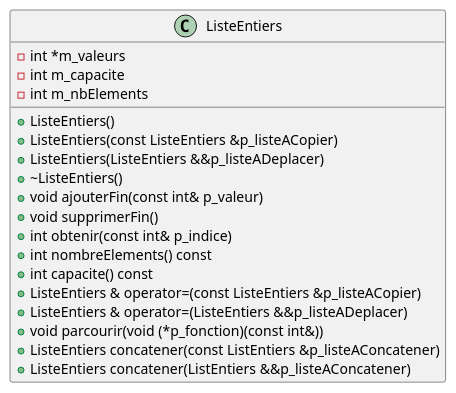
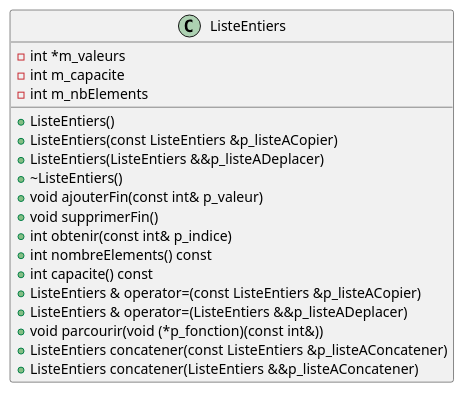
Before and after one commit to PiFou86/420-W31-SF-CPP: the diagram in Module04_GestionMemoire/diag/listeEntiers.wsd, drawn with PlantUML.

```diff
--- a/Module04_GestionMemoire/diag/listeEntiers.wsd
+++ b/Module04_GestionMemoire/diag/listeEntiers.wsd
@@ -1,23 +1,23 @@
 @startuml
 
 class ListeEntiers {
   - int *m_valeurs
   - int m_capacite
   - int m_nbElements
   + ListeEntiers()
   + ListeEntiers(const ListeEntiers &p_listeACopier)
   + ListeEntiers(ListeEntiers &&p_listeADeplacer)
   + ~ListeEntiers()
   + void ajouterFin(const int& p_valeur)
   + void supprimerFin()
   + int obtenir(const int& p_indice)
   + int nombreElements() const
   + int capacite() const
   + ListeEntiers & operator=(const ListeEntiers &p_listeACopier)
   + ListeEntiers & operator=(ListeEntiers &&p_listeADeplacer)
   + void parcourir(void (*p_fonction)(const int&))
-  + ListeEntiers concatener(const ListEntiers &p_listeAConcatener)
-  + ListeEntiers concatener(ListEntiers &&p_listeAConcatener)
+  + ListeEntiers concatener(const ListeEntiers &p_listeAConcatener)
+  + ListeEntiers concatener(ListeEntiers &&p_listeAConcatener)
 }
 
 @enduml
```
